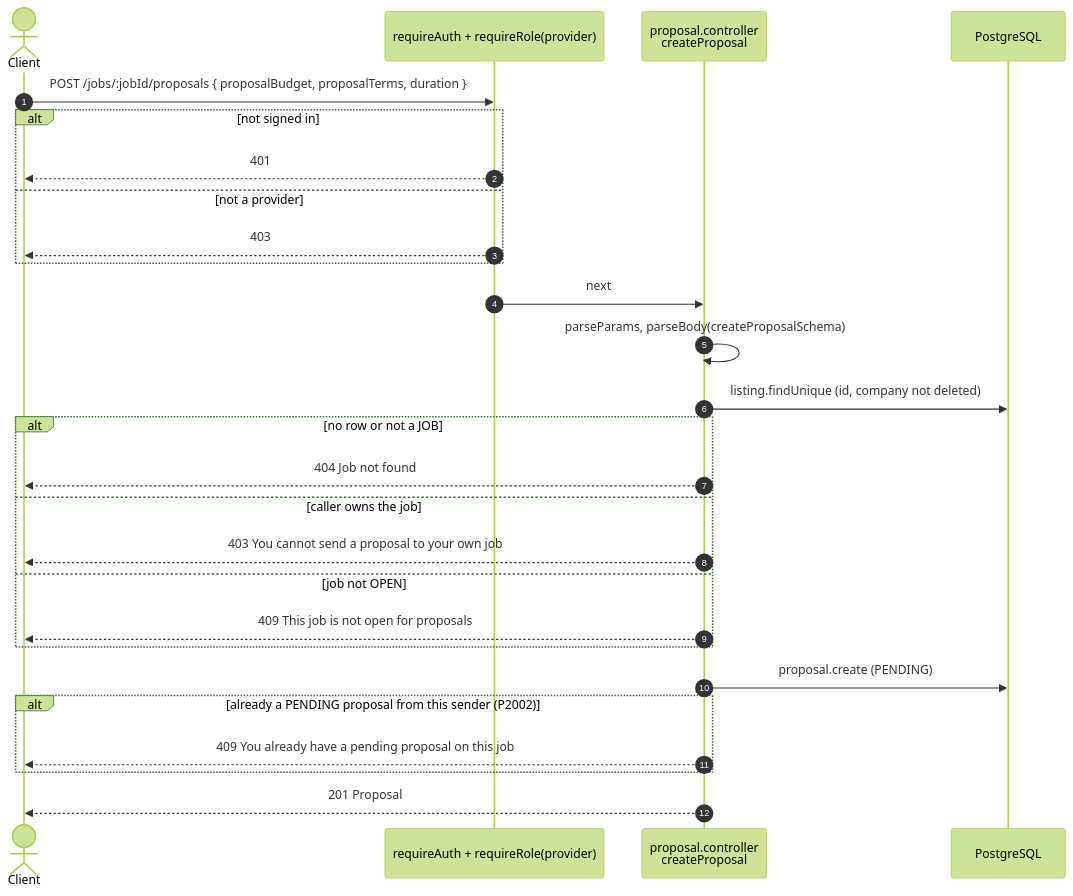
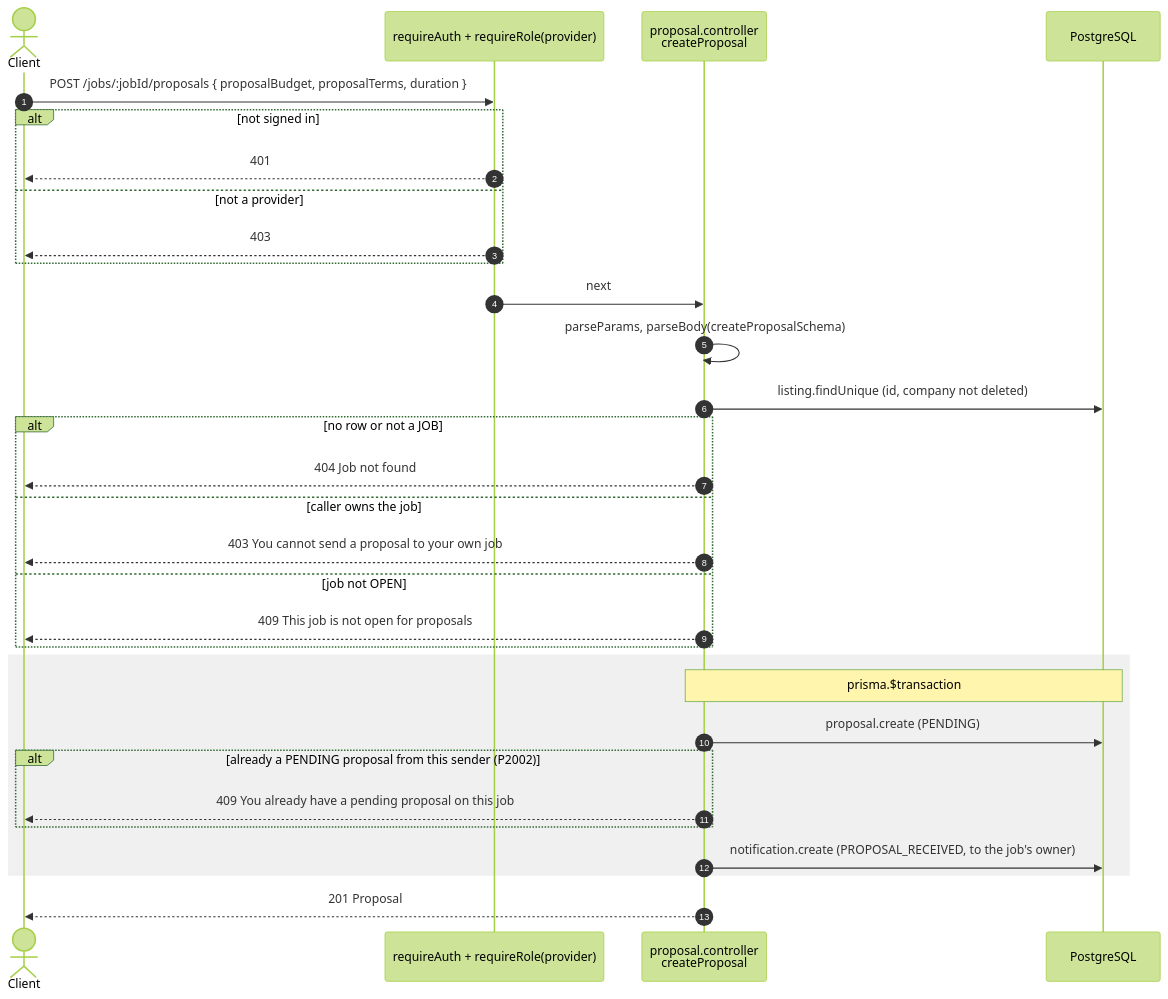
One commit to taofuuu/MangoDB changed the eighth of 8 diagrams in docs/api/jobs.md. Above: the diagram before and after it, drawn with Mermaid (forest theme). The commit also changed other lines of this file and 9 other files, not shown here.

````diff
--- a/docs/api/jobs.md
+++ b/docs/api/jobs.md
@@ -251,30 +252,34 @@
 ```mermaid
 sequenceDiagram
     autonumber
     actor C as Client
     participant G as requireAuth + requireRole(provider)
     participant Ctl as proposal.controller<br/>createProposal
     participant DB as PostgreSQL
 
     C->>G: POST /jobs/:jobId/proposals { proposalBudget, proposalTerms, duration }
     alt not signed in
         G-->>C: 401
     else not a provider
         G-->>C: 403
     end
     G->>Ctl: next
     Ctl->>Ctl: parseParams, parseBody(createProposalSchema)
     Ctl->>DB: listing.findUnique (id, company not deleted)
     alt no row or not a JOB
         Ctl-->>C: 404 Job not found
     else caller owns the job
         Ctl-->>C: 403 You cannot send a proposal to your own job
     else job not OPEN
         Ctl-->>C: 409 This job is not open for proposals
     end
-    Ctl->>DB: proposal.create (PENDING)
-    alt already a PENDING proposal from this sender (P2002)
-        Ctl-->>C: 409 You already have a pending proposal on this job
+    rect rgba(128, 128, 128, 0.12)
+        Note over Ctl,DB: prisma.$transaction
+        Ctl->>DB: proposal.create (PENDING)
+        alt already a PENDING proposal from this sender (P2002)
+            Ctl-->>C: 409 You already have a pending proposal on this job
+        end
+        Ctl->>DB: notification.create (PROPOSAL_RECEIVED, to the job's owner)
     end
     Ctl-->>C: 201 Proposal
 ```
````
